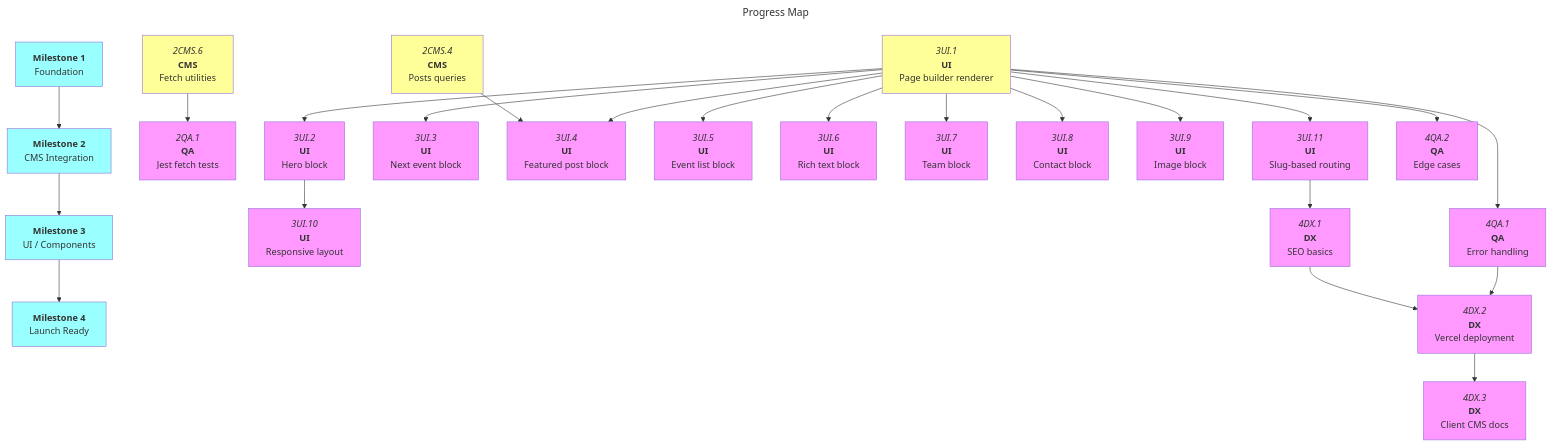
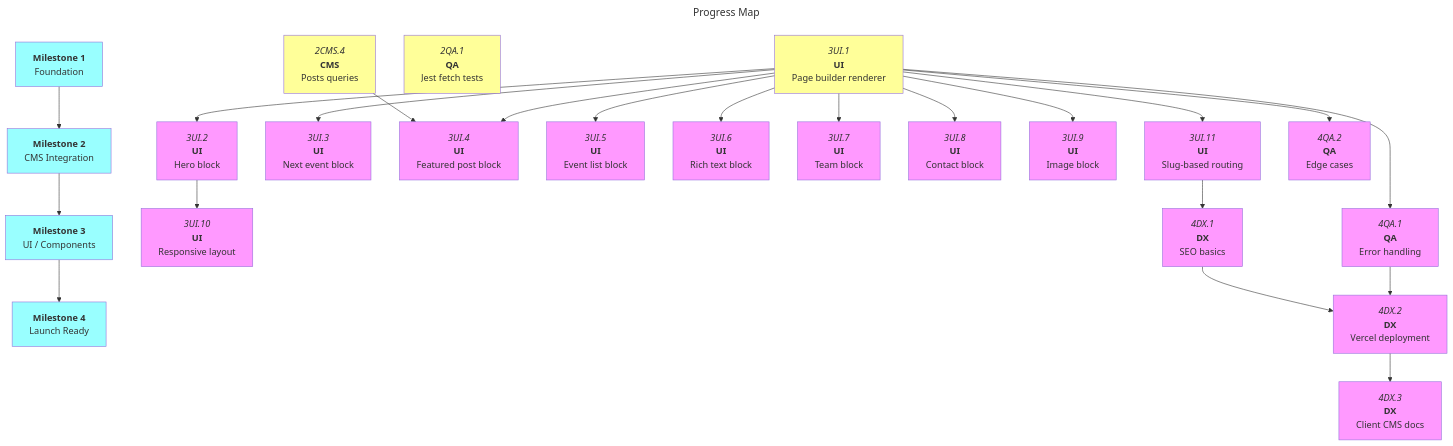
One commit to Oggie112/C58 changed the diagram in docs/roadmaps/mvp.md. Above: the diagram before and after it, drawn with Mermaid. The commit also changed other lines of this file and 11 other files, not shown here.

````diff
--- a/docs/roadmaps/mvp.md
+++ b/docs/roadmaps/mvp.md
@@ -136,53 +136,50 @@
 ```mermaid
 ---
 title: Progress Map
 ---
 graph TD
 
 m1["`**Milestone 1**<br/>Foundation`"]:::mile
 m2["`**Milestone 2**<br/>CMS Integration`"]:::mile
 m3["`**Milestone 3**<br/>UI / Components`"]:::mile
 m4["`**Milestone 4**<br/>Launch Ready`"]:::mile
 
 m1 --> m2 --> m3 --> m4
 
 2CMS.4["`*2CMS.4*<br/>**CMS**<br/>Posts queries`"]:::open
-2CMS.6["`*2CMS.6*<br/>**CMS**<br/>Fetch utilities`"]:::open
-2QA.1["`*2QA.1*<br/>**QA**<br/>Jest fetch tests`"]
+2QA.1["`*2QA.1*<br/>**QA**<br/>Jest fetch tests`"]:::open
 
 3UI.1["`*3UI.1*<br/>**UI**<br/>Page builder renderer`"]:::open
 3UI.2["`*3UI.2*<br/>**UI**<br/>Hero block`"]
 3UI.3["`*3UI.3*<br/>**UI**<br/>Next event block`"]
 3UI.4["`*3UI.4*<br/>**UI**<br/>Featured post block`"]
 3UI.5["`*3UI.5*<br/>**UI**<br/>Event list block`"]
 3UI.6["`*3UI.6*<br/>**UI**<br/>Rich text block`"]
 3UI.7["`*3UI.7*<br/>**UI**<br/>Team block`"]
 3UI.8["`*3UI.8*<br/>**UI**<br/>Contact block`"]
 3UI.9["`*3UI.9*<br/>**UI**<br/>Image block`"]
 3UI.10["`*3UI.10*<br/>**UI**<br/>Responsive layout`"]
 3UI.11["`*3UI.11*<br/>**UI**<br/>Slug-based routing`"]
 
 4QA.1["`*4QA.1*<br/>**QA**<br/>Error handling`"]
 4QA.2["`*4QA.2*<br/>**QA**<br/>Edge cases`"]
 4DX.1["`*4DX.1*<br/>**DX**<br/>SEO basics`"]
 4DX.2["`*4DX.2*<br/>**DX**<br/>Vercel deployment`"]
 4DX.3["`*4DX.3*<br/>**DX**<br/>Client CMS docs`"]
 
-2CMS.6 --> 2QA.1
-
 3UI.1 --> 3UI.2 & 3UI.6 & 3UI.7 & 3UI.9
 3UI.1 --> 3UI.3 & 3UI.5
 3UI.1 & 2CMS.4 --> 3UI.4
 3UI.1 --> 3UI.8
 3UI.1 --> 3UI.11
 3UI.2 --> 3UI.10
 
 3UI.1 --> 4QA.1 & 4QA.2
 3UI.11 --> 4DX.1
 4QA.1 & 4DX.1 --> 4DX.2
 4DX.2 --> 4DX.3
 
 classDef default fill:#f9f
 classDef open fill:#ff9
 classDef mile fill:#9ff
 ```
````
